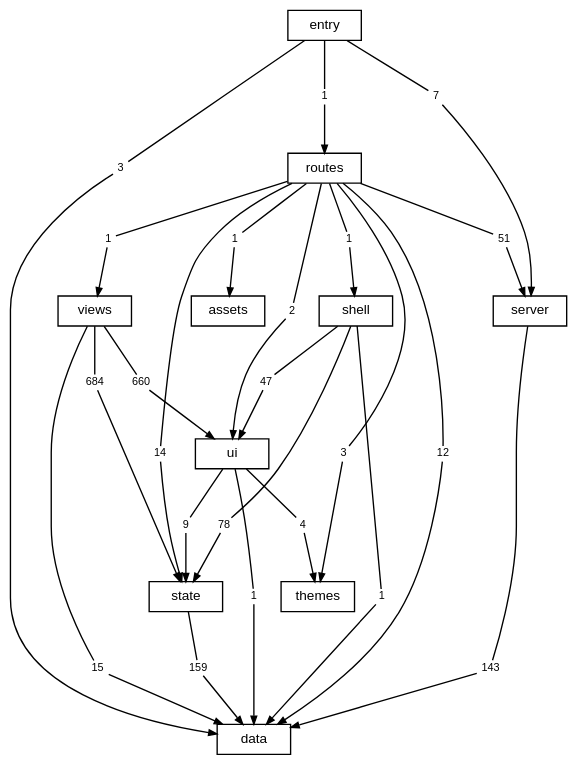
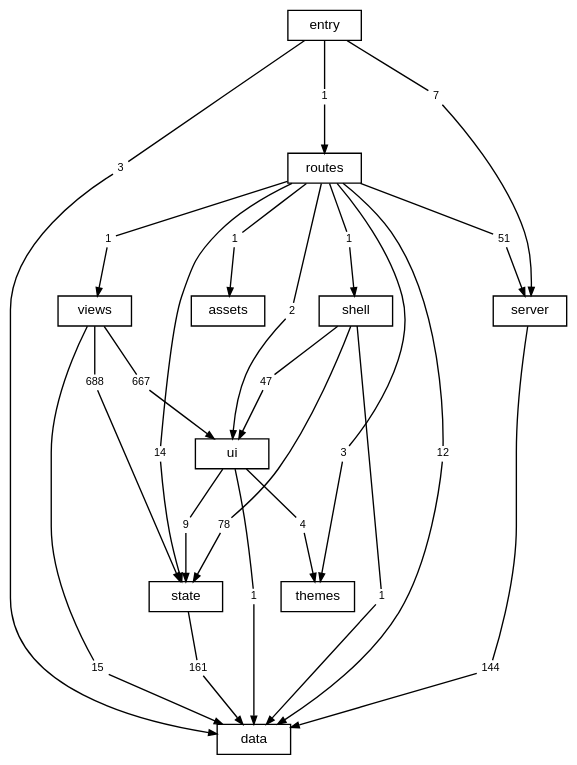
One commit to TheAxeC/oculus changed the diagram in docs/diagrams/layers.dot. Above: the diagram before and after it, drawn with Graphviz. The commit also changed 95 other files, not shown here.

```diff
--- a/docs/diagrams/layers.dot
+++ b/docs/diagrams/layers.dot
@@ -1,81 +1,81 @@
 digraph layers {
     graph [bgcolor="transparent", rankdir=TB, newrank=true, fontname="Helvetica,Arial,sans-serif", fontsize=12, nodesep=0.2, ranksep=0.5];
     node [shape=box, color="black", fontcolor="black", fontname="Helvetica,Arial,sans-serif", fontsize=10, height=0.3, margin="0.12,0.04"];
     edge [color="black", fontcolor="black", fontname="Helvetica,Arial,sans-serif", fontsize=8, arrowsize=0.6];
     "data";
     "server";
     "state";
     "ui";
     "shell";
     "views";
     "themes";
     "routes";
     "src" [label="entry"];
     "files: assets" [label="assets"];
     "routes to data" [label="12", shape=box, color="transparent", fontsize=8, width=0, height=0, margin="0.04,0.02"];
     "routes" -> "routes to data" [arrowhead=none];
     "routes to data" -> "data" [];
     "routes to files: assets" [label="1", shape=box, color="transparent", fontsize=8, width=0, height=0, margin="0.04,0.02"];
     "routes" -> "routes to files: assets" [arrowhead=none];
     "routes to files: assets" -> "files: assets" [];
     "routes to server" [label="51", shape=box, color="transparent", fontsize=8, width=0, height=0, margin="0.04,0.02"];
     "routes" -> "routes to server" [arrowhead=none];
     "routes to server" -> "server" [];
     "routes to shell" [label="1", shape=box, color="transparent", fontsize=8, width=0, height=0, margin="0.04,0.02"];
     "routes" -> "routes to shell" [arrowhead=none];
     "routes to shell" -> "shell" [];
     "routes to state" [label="14", shape=box, color="transparent", fontsize=8, width=0, height=0, margin="0.04,0.02"];
     "routes" -> "routes to state" [arrowhead=none];
     "routes to state" -> "state" [];
     "routes to themes" [label="3", shape=box, color="transparent", fontsize=8, width=0, height=0, margin="0.04,0.02"];
     "routes" -> "routes to themes" [arrowhead=none];
     "routes to themes" -> "themes" [];
     "routes to ui" [label="2", shape=box, color="transparent", fontsize=8, width=0, height=0, margin="0.04,0.02"];
     "routes" -> "routes to ui" [arrowhead=none];
     "routes to ui" -> "ui" [];
     "routes to views" [label="1", shape=box, color="transparent", fontsize=8, width=0, height=0, margin="0.04,0.02"];
     "routes" -> "routes to views" [arrowhead=none];
     "routes to views" -> "views" [];
-    "server to data" [label="143", shape=box, color="transparent", fontsize=8, width=0, height=0, margin="0.04,0.02"];
+    "server to data" [label="144", shape=box, color="transparent", fontsize=8, width=0, height=0, margin="0.04,0.02"];
     "server" -> "server to data" [arrowhead=none];
     "server to data" -> "data" [];
     "shell to data" [label="1", shape=box, color="transparent", fontsize=8, width=0, height=0, margin="0.04,0.02"];
     "shell" -> "shell to data" [arrowhead=none];
     "shell to data" -> "data" [];
     "shell to state" [label="78", shape=box, color="transparent", fontsize=8, width=0, height=0, margin="0.04,0.02"];
     "shell" -> "shell to state" [arrowhead=none];
     "shell to state" -> "state" [];
     "shell to ui" [label="47", shape=box, color="transparent", fontsize=8, width=0, height=0, margin="0.04,0.02"];
     "shell" -> "shell to ui" [arrowhead=none];
     "shell to ui" -> "ui" [];
     "src to data" [label="3", shape=box, color="transparent", fontsize=8, width=0, height=0, margin="0.04,0.02"];
     "src" -> "src to data" [arrowhead=none];
     "src to data" -> "data" [];
     "src to routes" [label="1", shape=box, color="transparent", fontsize=8, width=0, height=0, margin="0.04,0.02"];
     "src" -> "src to routes" [arrowhead=none];
     "src to routes" -> "routes" [];
     "src to server" [label="7", shape=box, color="transparent", fontsize=8, width=0, height=0, margin="0.04,0.02"];
     "src" -> "src to server" [arrowhead=none];
     "src to server" -> "server" [];
-    "state to data" [label="159", shape=box, color="transparent", fontsize=8, width=0, height=0, margin="0.04,0.02"];
+    "state to data" [label="161", shape=box, color="transparent", fontsize=8, width=0, height=0, margin="0.04,0.02"];
     "state" -> "state to data" [arrowhead=none];
     "state to data" -> "data" [];
     "ui to data" [label="1", shape=box, color="transparent", fontsize=8, width=0, height=0, margin="0.04,0.02"];
     "ui" -> "ui to data" [arrowhead=none];
     "ui to data" -> "data" [];
     "ui to state" [label="9", shape=box, color="transparent", fontsize=8, width=0, height=0, margin="0.04,0.02"];
     "ui" -> "ui to state" [arrowhead=none];
     "ui to state" -> "state" [];
     "ui to themes" [label="4", shape=box, color="transparent", fontsize=8, width=0, height=0, margin="0.04,0.02"];
     "ui" -> "ui to themes" [arrowhead=none];
     "ui to themes" -> "themes" [];
     "views to data" [label="15", shape=box, color="transparent", fontsize=8, width=0, height=0, margin="0.04,0.02"];
     "views" -> "views to data" [arrowhead=none];
     "views to data" -> "data" [];
-    "views to state" [label="684", shape=box, color="transparent", fontsize=8, width=0, height=0, margin="0.04,0.02"];
+    "views to state" [label="688", shape=box, color="transparent", fontsize=8, width=0, height=0, margin="0.04,0.02"];
     "views" -> "views to state" [arrowhead=none];
     "views to state" -> "state" [];
-    "views to ui" [label="660", shape=box, color="transparent", fontsize=8, width=0, height=0, margin="0.04,0.02"];
+    "views to ui" [label="667", shape=box, color="transparent", fontsize=8, width=0, height=0, margin="0.04,0.02"];
     "views" -> "views to ui" [arrowhead=none];
     "views to ui" -> "ui" [];
 }
```
